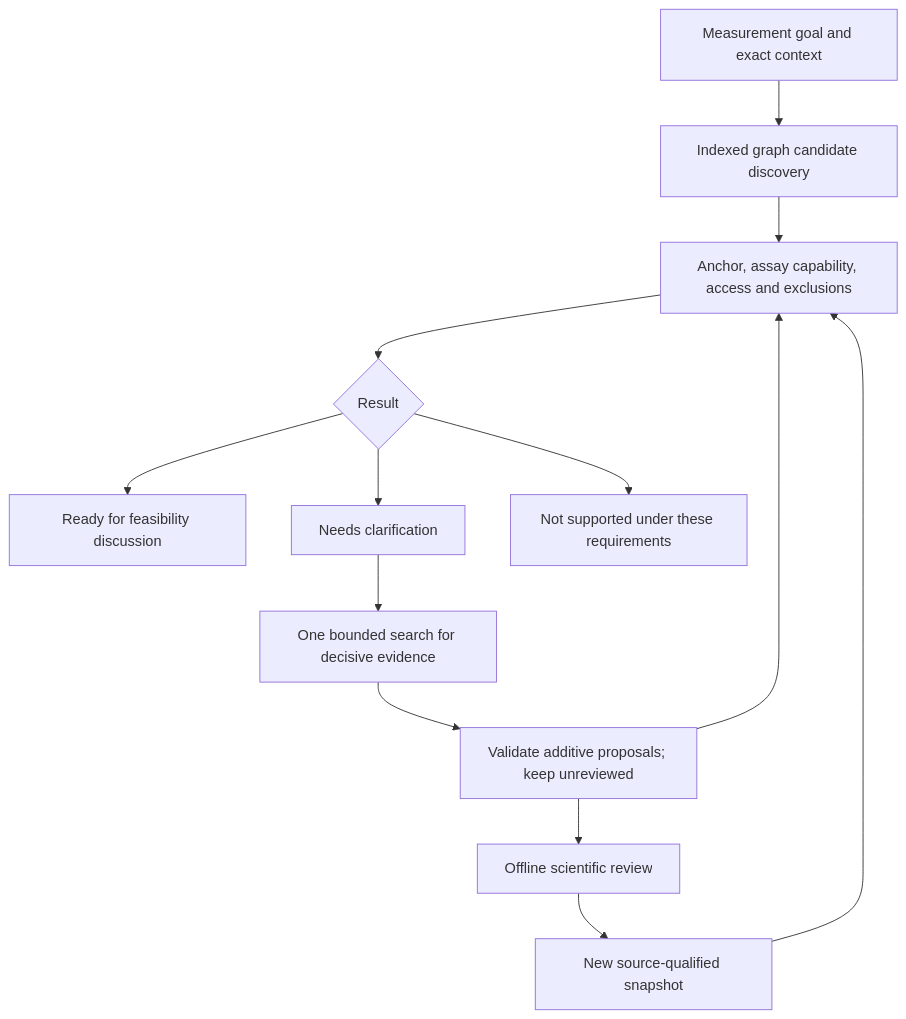
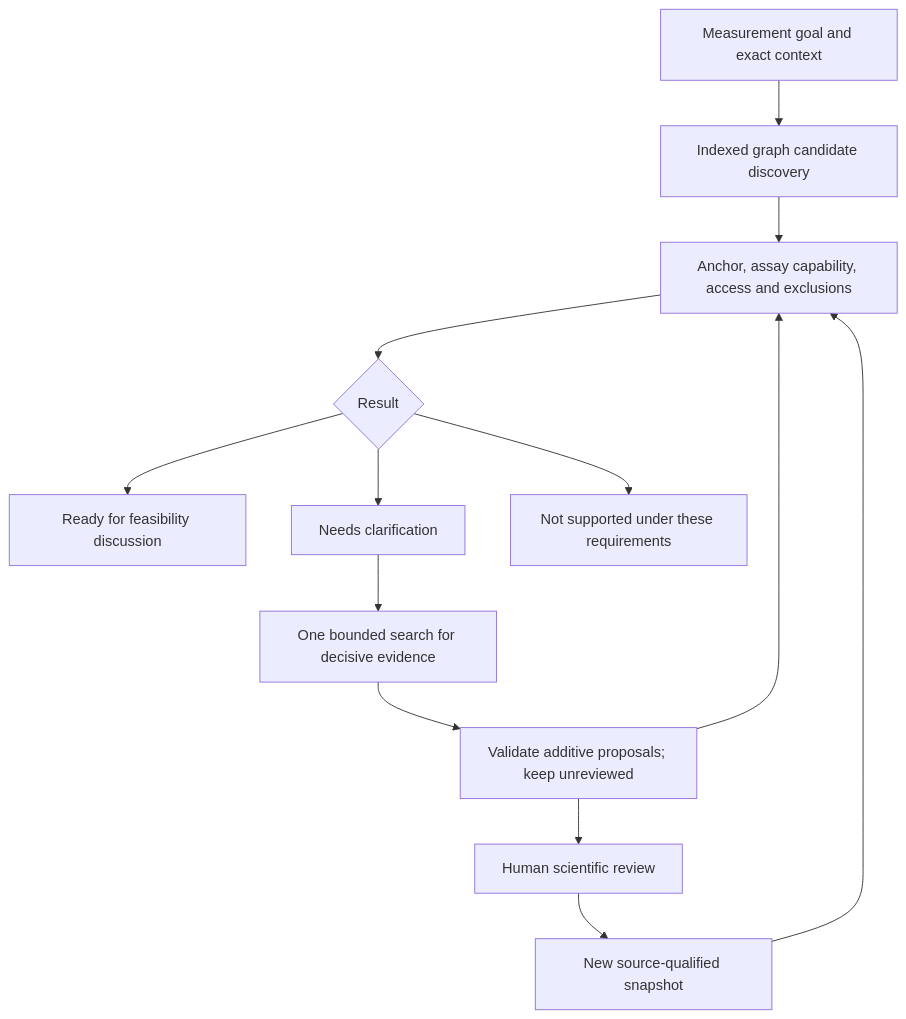
Before and after one commit to lukaschudy/LIT-knowledge-graph: the diagram in docs/architecture/decision-engine.md, drawn with Mermaid. The commit also changed other lines of this file and 26 other files, not shown here.

````diff
--- a/docs/architecture/decision-engine.md
+++ b/docs/architecture/decision-engine.md
@@ -32,15 +32,15 @@
 ```mermaid
 flowchart TD
     Goal[Measurement goal and exact context] --> Discover[Indexed graph candidate discovery]
     Discover --> Gates[Anchor, assay capability, access and exclusions]
     Gates --> Decide{Result}
     Decide --> Ready[Ready for feasibility discussion]
     Decide --> Gap[Needs clarification]
     Decide --> Reject[Not supported under these requirements]
     Gap --> Search[One bounded search for decisive evidence]
     Search --> Pending[Validate additive proposals; keep unreviewed]
     Pending --> Gates
-    Pending --> Review[Offline scientific review]
+    Pending --> Review[Human scientific review]
     Review --> Refresh[New source-qualified snapshot]
     Refresh --> Gates
 ```
````
